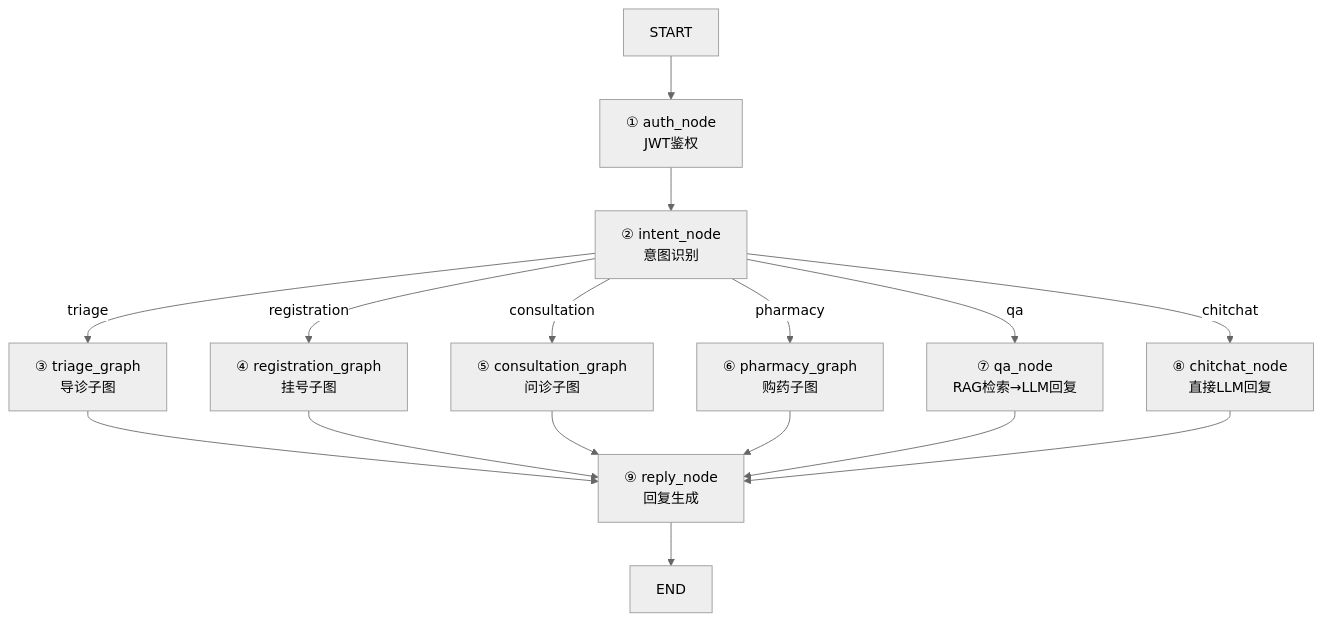
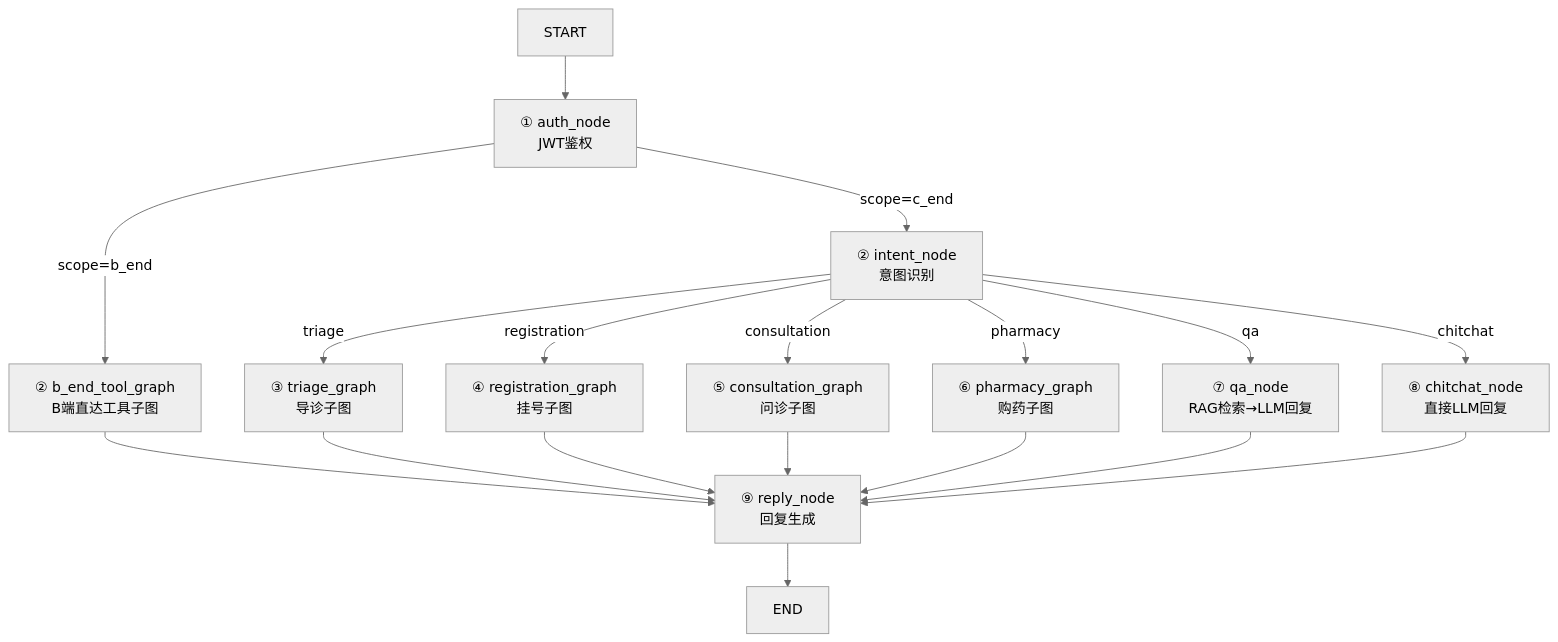
Before and after one commit to lezoo817/SPHP: the fifth of 7 diagrams in sphp-agent/docs/Agent/Agent模块系分.md, drawn with Mermaid (neutral theme). The commit also changed other lines of this file and 1 other file, not shown here.

First line of the commit message:
docs(routing): 开发计划 M8-3 标记完成 + 系分 §5.2 补 B 端意图定义

````diff
--- a/sphp-agent/docs/Agent/Agent模块系分.md
+++ b/sphp-agent/docs/Agent/Agent模块系分.md
@@ -576,18 +592,20 @@
 ```mermaid
 graph TD
     START["START"] --> AUTH["① auth_node<br/>JWT鉴权"]
-    AUTH --> INTENT["② intent_node<br/>意图识别"]
+    AUTH -->|"scope=b_end"| BTOOL["② b_end_tool_graph<br/>B端直达工具子图"]
+    AUTH -->|"scope=c_end"| INTENT["② intent_node<br/>意图识别"]
     INTENT -->|"triage"| TRIAGE["③ triage_graph<br/>导诊子图"]
     INTENT -->|"registration"| REG["④ registration_graph<br/>挂号子图"]
     INTENT -->|"consultation"| CONSULT["⑤ consultation_graph<br/>问诊子图"]
     INTENT -->|"pharmacy"| PHARM["⑥ pharmacy_graph<br/>购药子图"]
     INTENT -->|"qa"| QA["⑦ qa_node<br/>RAG检索→LLM回复"]
     INTENT -->|"chitchat"| CHAT["⑧ chitchat_node<br/>直接LLM回复"]
-    TRIAGE --> REPLY["⑨ reply_node<br/>回复生成"]
+    BTOOL --> REPLY["⑨ reply_node<br/>回复生成"]
+    TRIAGE --> REPLY
     REG --> REPLY
     CONSULT --> REPLY
     PHARM --> REPLY
     QA --> REPLY
     CHAT --> REPLY
     REPLY --> END["END"]
 ```
````
